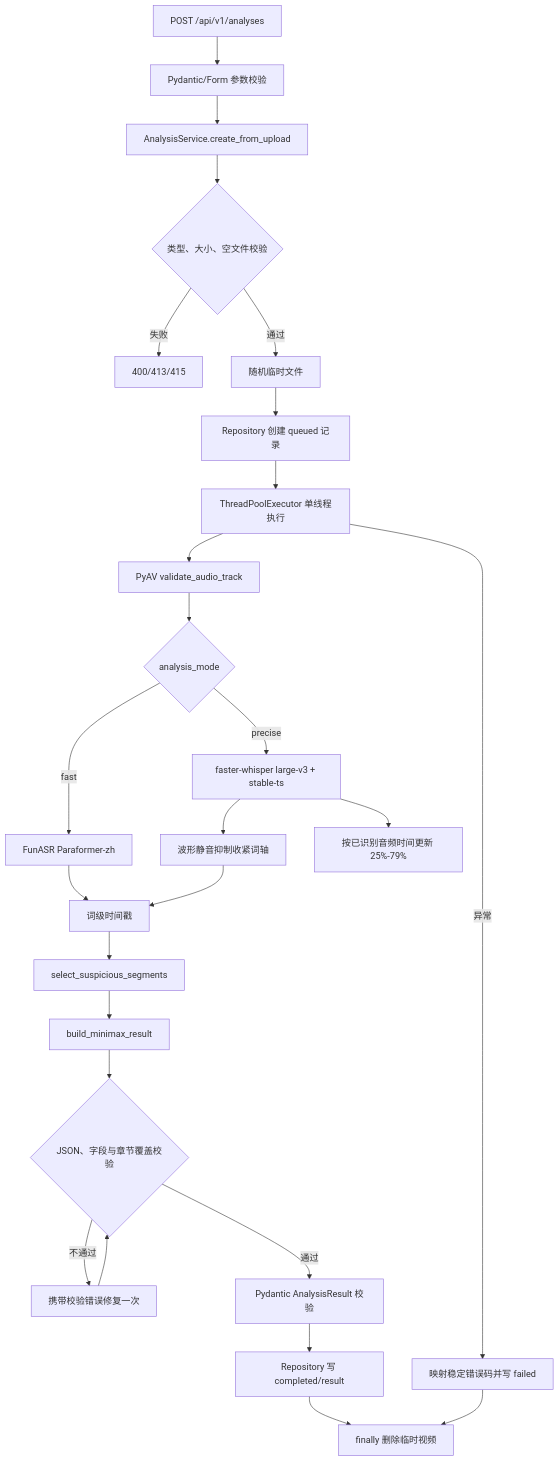
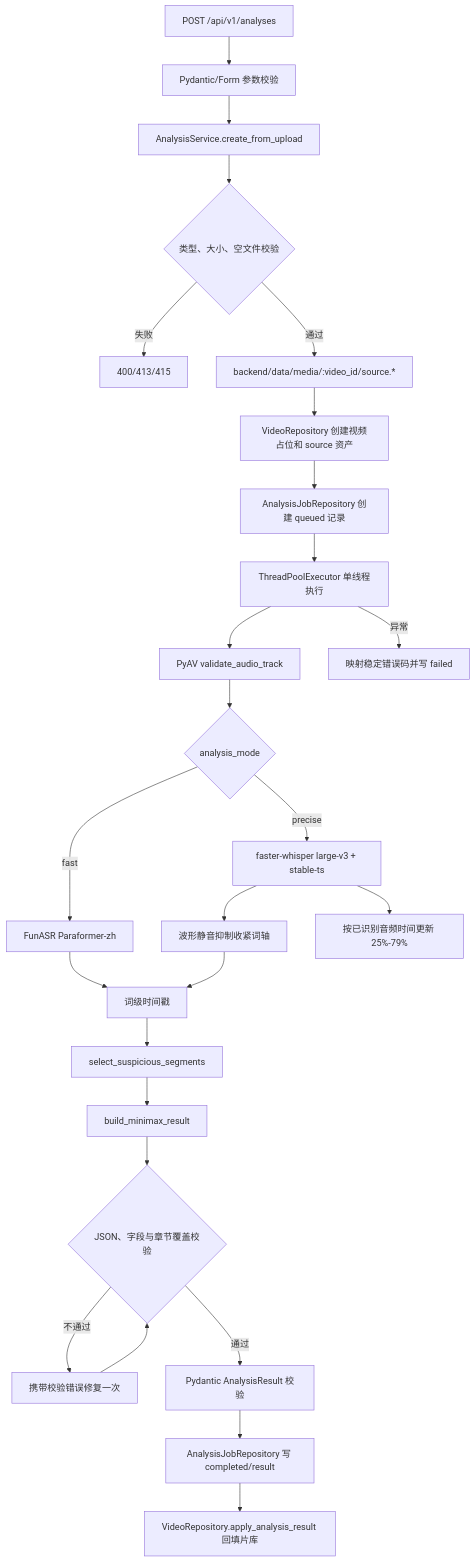
Before and after one commit to qwe605/xunlei_ai_video: diagram 13 of 20 in docs/项目说明文档.md, drawn with Mermaid. The commit also changed other lines of this file and 22 other files, not shown here.

````diff
--- a/docs/项目说明文档.md
+++ b/docs/项目说明文档.md
@@ -556,28 +635,28 @@
 ```mermaid
 flowchart TD
     A["POST /api/v1/analyses"] --> B["Pydantic/Form 参数校验"]
     B --> C["AnalysisService.create_from_upload"]
     C --> D{"类型、大小、空文件校验"}
     D -->|失败| E["400/413/415"]
-    D -->|通过| F["随机临时文件"]
-    F --> G["Repository 创建 queued 记录"]
-    G --> H["ThreadPoolExecutor 单线程执行"]
-    H --> I["PyAV validate_audio_track"]
-    I --> J{"analysis_mode"}
-    J -->|"fast"| K["FunASR Paraformer-zh"]
-    J -->|"precise"| L["faster-whisper large-v3 + stable-ts"]
-    K --> M["句 / 字符级时间戳"]
-    L --> W["波形静音抑制收紧词轴"]
-    W --> M["词级时间戳"]
-    L --> T["按已识别音频时间更新 25%-79%"]
-    M --> N["select_suspicious_segments"]
-    N --> O["build_minimax_result"]
-    O --> U{"JSON、字段与章节覆盖校验"}
+    D -->|通过| F["backend/data/media/:video_id/source.*"]
+    F --> G["VideoRepository 创建视频占位和 source 资产"]
+    G --> H["AnalysisJobRepository 创建 queued 记录"]
+    H --> I["ThreadPoolExecutor 单线程执行"]
+    I --> J["PyAV validate_audio_track"]
+    J --> K{"analysis_mode"}
+    K -->|"fast"| L["FunASR Paraformer-zh"]
+    K -->|"precise"| M["faster-whisper large-v3 + stable-ts"]
+    L --> N["句 / 字符级时间戳"]
+    M --> W["波形静音抑制收紧词轴"]
+    W --> N["词级时间戳"]
+    M --> T["按已识别音频时间更新 25%-79%"]
+    N --> O["select_suspicious_segments"]
+    O --> P["build_minimax_result"]
+    P --> U{"JSON、字段与章节覆盖校验"}
     U -->|"不通过"| V["携带校验错误修复一次"]
     V --> U
-    U -->|"通过"| P["Pydantic AnalysisResult 校验"]
-    P --> Q["Repository 写 completed/result"]
-    H -->|异常| R["映射稳定错误码并写 failed"]
-    Q --> S["finally 删除临时视频"]
-    R --> S
+    U -->|"通过"| Q["Pydantic AnalysisResult 校验"]
+    Q --> R["AnalysisJobRepository 写 completed/result"]
+    R --> S["VideoRepository.apply_analysis_result 回填片库"]
+    I -->|异常| X["映射稳定错误码并写 failed"]
 ```
````
